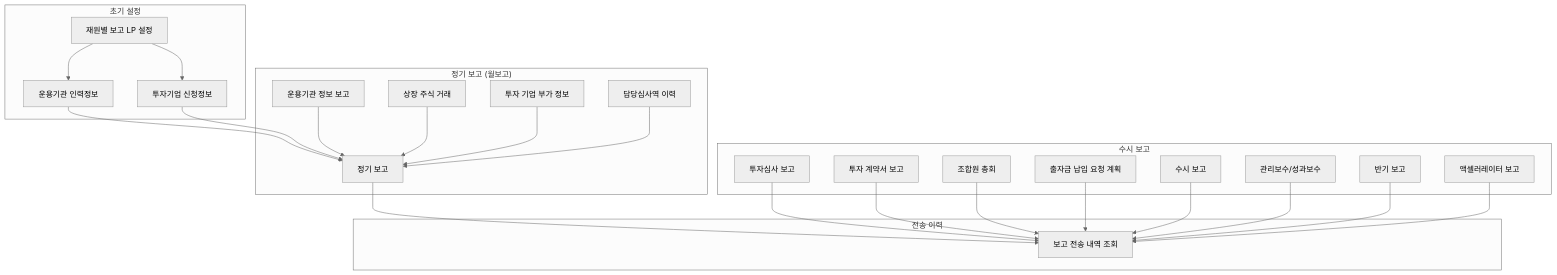
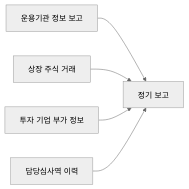
One commit to ddock-ddock/ddock-ddock.github.io changed the seventh of 7 diagrams in _tabs/manager-start.md. Above: the diagram before and after it, drawn with Mermaid (neutral theme). The commit also changed other lines of this file, not shown here.

````diff
--- a/_tabs/manager-start.md
+++ b/_tabs/manager-start.md
@@ -287,63 +316,13 @@
 ```mermaid
-flowchart TD
- subgraph lp1["초기 설정"]
-        lp0001["재원별 보고 LP 설정"]
-        lp0520["운용기관 인력정보"]
-        lp0510["투자기업 신청정보"]
-  end
- subgraph lp2["정기 보고 (월보고)"]
-        lc0101["정기 보고"]
-        lp0531["운용기관 정보 보고"]
-        lp0270["상장 주식 거래"]
-        lp0310["투자 기업 부가 정보"]
-        lp0600["담당심사역 이력"]
-  end
- subgraph lp3["수시 보고"]
-        lp0630["투자심사 보고"]
-        lp0635["투자 계약서 보고"]
-        lp0550["조합원 총회"]
-        lp0610["출자금 납입 요청 계획"]
-        lp0590["수시 보고"]
-        lp0570["관리보수/성과보수"]
-        lp0620["반기 보고"]
-        lp0681["액셀러레이터 보고"]
-  end
- subgraph lp4["전송 이력"]
-        lc0100["보고 전송 내역 조회"]
-  end
-    lp0001 --> lp0520 & lp0510
-    lp0520 --> lc0101
-    lp0510 --> lc0101
-    lp0531 --> lc0101
-    lp0270 --> lc0101
-    lp0310 --> lc0101
-    lp0600 --> lc0101
-    lc0101 --> lc0100
-    lp0630 --> lc0100
-    lp0635 --> lc0100
-    lp0550 --> lc0100
-    lp0610 --> lc0100
-    lp0590 --> lc0100
-    lp0570 --> lc0100
-    lp0620 --> lc0100
-    lp0681 --> lc0100
+flowchart LR
+    lp0531["운용기관 정보 보고"] --> lc0101["정기 보고"]
+    lp0270["상장 주식 거래"] --> lc0101
+    lp0310["투자 기업 부가 정보"] --> lc0101
+    lp0600["담당심사역 이력"] --> lc0101
 
-    click lp0001 "{% post_url 2024-11-29-lp0001 %}"
-    click lp0520 "{% post_url 2024-11-29-lp0520 %}"
-    click lp0510 "{% post_url 2024-11-29-lp0510 %}"
     click lc0101 "{% post_url 2024-11-29-lc0101 %}"
     click lp0531 "{% post_url 2024-11-29-lp0531 %}"
     click lp0270 "{% post_url 2024-11-29-lp0270 %}"
     click lp0310 "{% post_url 2024-11-29-lp0310 %}"
     click lp0600 "{% post_url 2024-11-29-lp0600 %}"
-    click lp0630 "{% post_url 2025-04-02-lp0630 %}"
-    click lp0635 "{% post_url 2025-09-08-lp0635 %}"
-    click lp0550 "{% post_url 2025-04-23-lp0550 %}"
-    click lp0610 "{% post_url 2025-09-08-lp0610 %}"
-    click lp0590 "{% post_url 2025-09-08-lp0590 %}"
-    click lp0570 "{% post_url 2025-09-08-lp0570 %}"
-    click lp0620 "{% post_url 2025-09-08-lp0620 %}"
-    click lp0681 "{% post_url 2024-11-29-lp0681 %}"
-    click lc0100 "{% post_url 2024-11-29-lc0100 %}"
-
 ```
````
